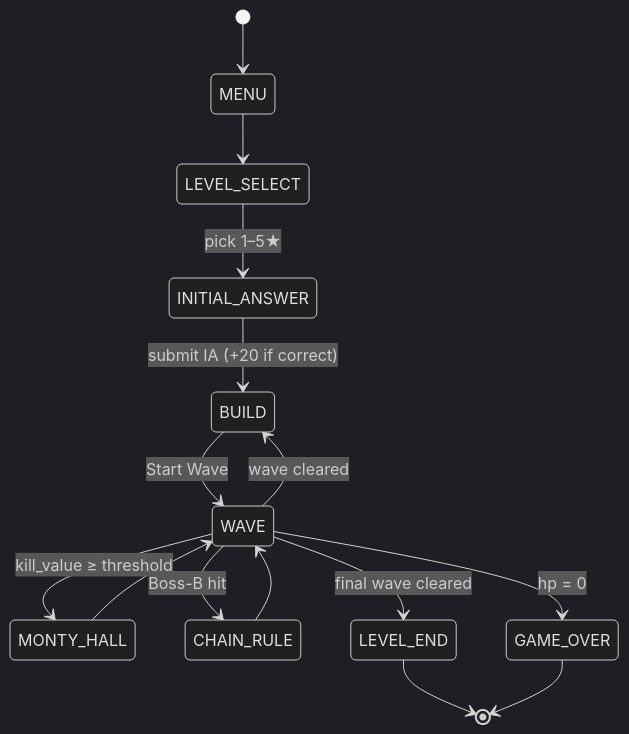
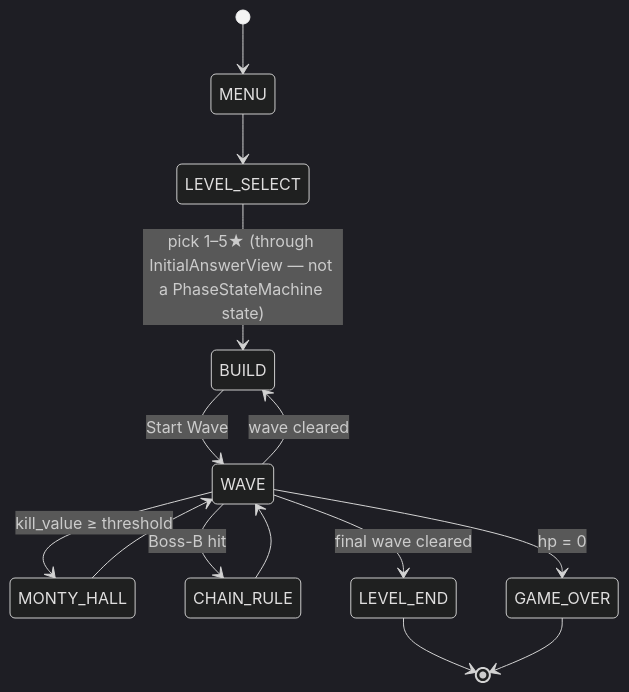
One commit to 2026-NTNU-Computer-Programming-II-POLS/Math-Defense changed the eighth of 10 diagrams in ARCHITECTURE.md. Above: the diagram before and after it, drawn with Mermaid (dark theme). The commit also changed other lines of this file and 4 other files, not shown here.

Commit message:
docs: update architecture, security, and backend/frontend README

````diff
--- a/ARCHITECTURE.md
+++ b/ARCHITECTURE.md
@@ -688,17 +689,16 @@
 ```mermaid
 stateDiagram-v2
     [*] --> MENU
     MENU --> LEVEL_SELECT
-    LEVEL_SELECT --> INITIAL_ANSWER : pick 1–5★
-    INITIAL_ANSWER --> BUILD : submit IA (+20 if correct)
+    LEVEL_SELECT --> BUILD : pick 1–5★ (through InitialAnswerView — not a PhaseStateMachine state)
     BUILD --> WAVE : Start Wave
     WAVE --> BUILD : wave cleared
     WAVE --> MONTY_HALL : kill_value ≥ threshold
     MONTY_HALL --> WAVE
     WAVE --> CHAIN_RULE : Boss-B hit
     CHAIN_RULE --> WAVE
     WAVE --> LEVEL_END : final wave cleared
     WAVE --> GAME_OVER : hp = 0
     LEVEL_END --> [*]
     GAME_OVER --> [*]
 ```
````
